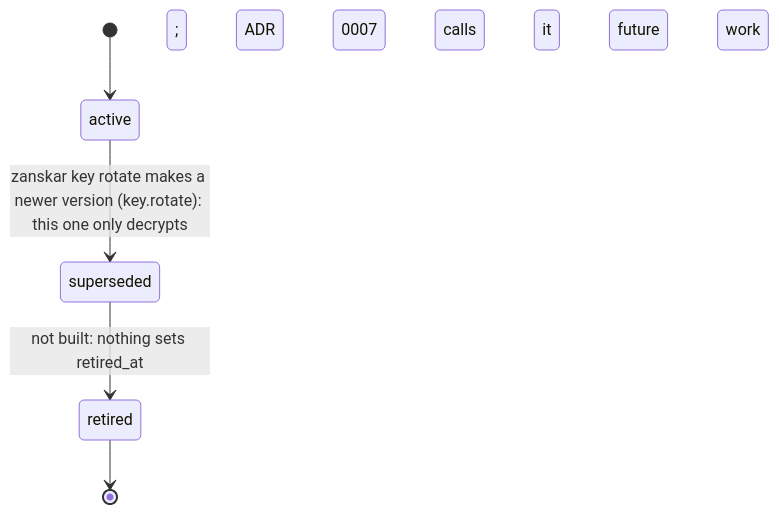
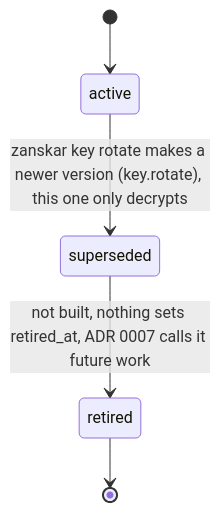
Diagram 23 of 23 in docs/lifecycles.md (albatroxxx/zanskar), drawn with Mermaid before and after one commit. The commit also changed other lines of this file and 2 other files, not shown here.

````diff
--- a/docs/lifecycles.md
+++ b/docs/lifecycles.md
@@ -467,7 +657,7 @@
 ```mermaid
 stateDiagram-v2
     [*] --> active
-    active --> superseded: zanskar key rotate makes a newer version (key.rotate): this one only decrypts
-    superseded --> retired: not built: nothing sets retired_at; ADR 0007 calls it future work
+    active --> superseded: zanskar key rotate makes a newer version (key.rotate), this one only decrypts
+    superseded --> retired: not built, nothing sets retired_at, ADR 0007 calls it future work
     retired --> [*]
 ```
````
